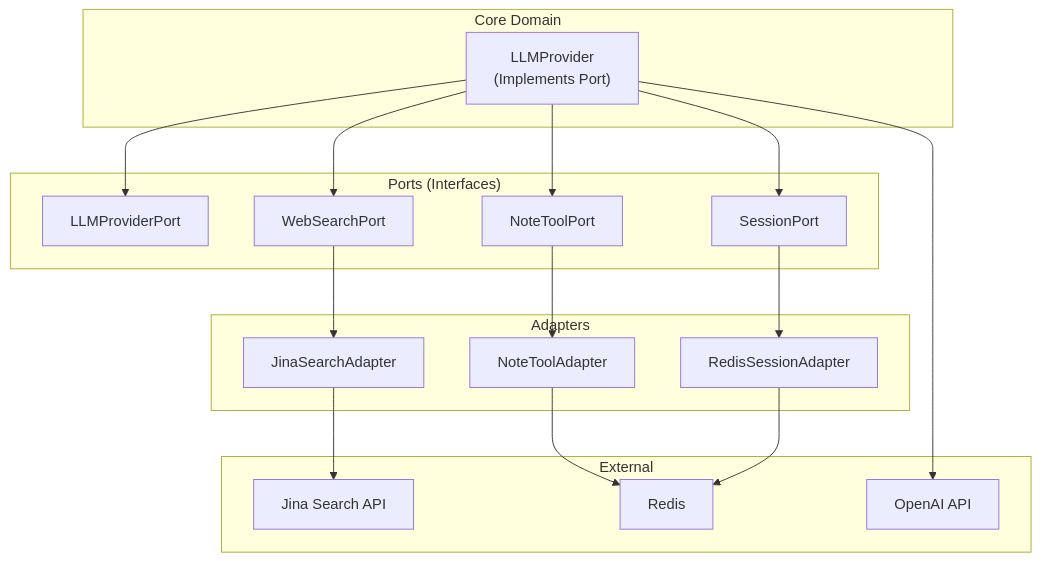
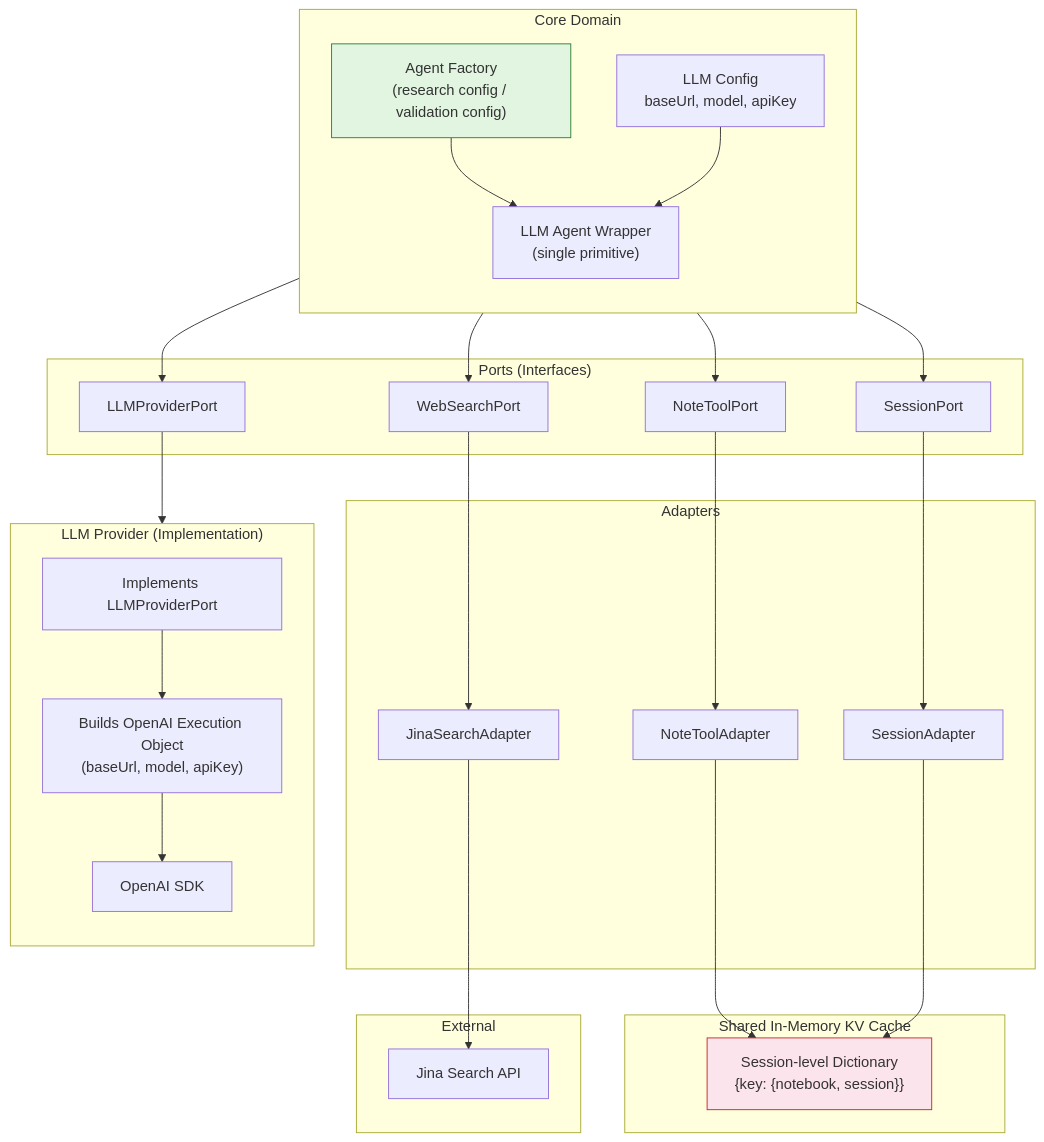
Before and after one commit to Glitch-guy0/self-consistency-research-agent: the fourth of 5 diagrams in _bmad-output/planning-artifacts/architecture-diagrams.md, drawn with Mermaid. The commit also changed other lines of this file and 1 other file, not shown here.

Commit message:
feat: fine tuning the architecture decisions

````diff
--- a/_bmad-output/planning-artifacts/architecture-diagrams.md
+++ b/_bmad-output/planning-artifacts/architecture-diagrams.md
@@ -122,39 +135,60 @@
 ```mermaid
 flowchart TB
     subgraph Ports["Ports (Interfaces)"]
         IP_LM["LLMProviderPort"]
         IP_Web["WebSearchPort"]
         IP_Note["NoteToolPort"]
         IP_Session["SessionPort"]
     end
 
     subgraph CoreHex["Core Domain"]
-        LLMProviderImpl["LLMProvider\n(Implements Port)"]
+        direction TB
+        Wrapper["LLM Agent Wrapper\n(single primitive)"]
+        Factory["Agent Factory\n(research config / validation config)"]
+        LLMConfig["LLM Config\nbaseUrl, model, apiKey"]
     end
 
     subgraph AdaptersHex["Adapters"]
         JinaAdapter["JinaSearchAdapter"]
         NoteAdapter["NoteToolAdapter"]
-        RedisAdapter["RedisSessionAdapter"]
+        SessionAdapter["SessionAdapter"]
+    end
+
+    subgraph LLM_Impl["LLM Provider (Implementation)"]
+        direction TB
+        LLM_IF["Implements LLMProviderPort"]
+        Builder["Builds OpenAI Execution Object\n(baseUrl, model, apiKey)"]
+        SDK["OpenAI SDK"]
+    end
+
+    subgraph Storage["Shared In-Memory KV Cache"]
+        KVCache["Session-level Dictionary\n{key: {notebook, session}}"]
     end
 
     subgraph External["External"]
         JinaAPI["Jina Search API"]
-        RedisDB["Redis"]
-        OpenAI["OpenAI API"]
     end
 
-    LLMProviderImpl --> IP_LM
-    LLMProviderImpl --> IP_Web
-    LLMProviderImpl --> IP_Note
-    LLMProviderImpl --> IP_Session
+    Factory --> Wrapper
+    Wrapper --> IP_LM
+    Wrapper --> IP_Web
+    Wrapper --> IP_Note
+    Wrapper --> IP_Session
+    LLMConfig --> Wrapper
+
+    IP_LM --> LLM_IF
+    LLM_IF --> Builder
+    Builder --> SDK
 
     IP_Web --> JinaAdapter
     IP_Note --> NoteAdapter
-    IP_Session --> RedisAdapter
+    IP_Session --> SessionAdapter
+
+    NoteAdapter --> KVCache
+    SessionAdapter --> KVCache
 
     JinaAdapter --> JinaAPI
-    NoteAdapter --> RedisDB
-    RedisAdapter --> RedisDB
-    LLMProviderImpl --> OpenAI
+
+    style Factory fill:#e1f5e1,stroke:#2e7d32
+    style KVCache fill:#fce4ec,stroke:#c62828
 ```
````
